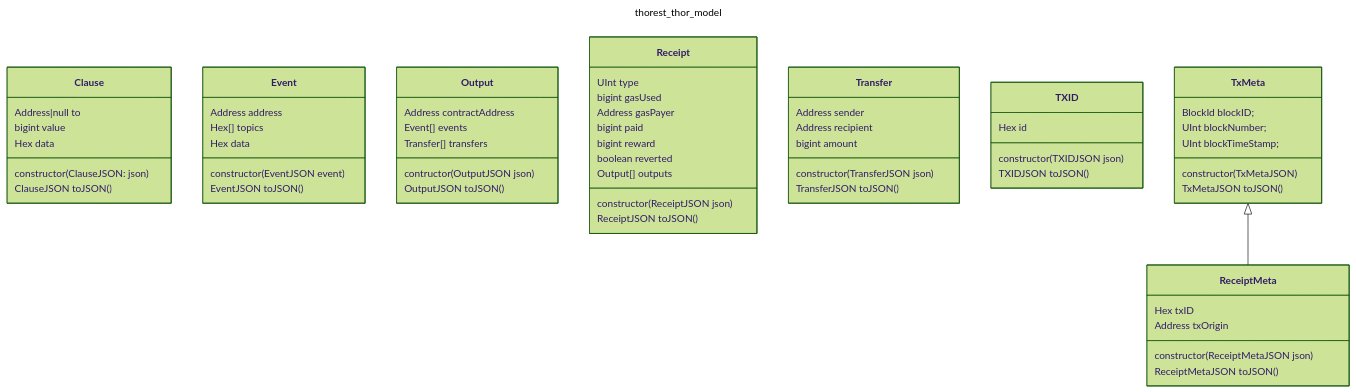
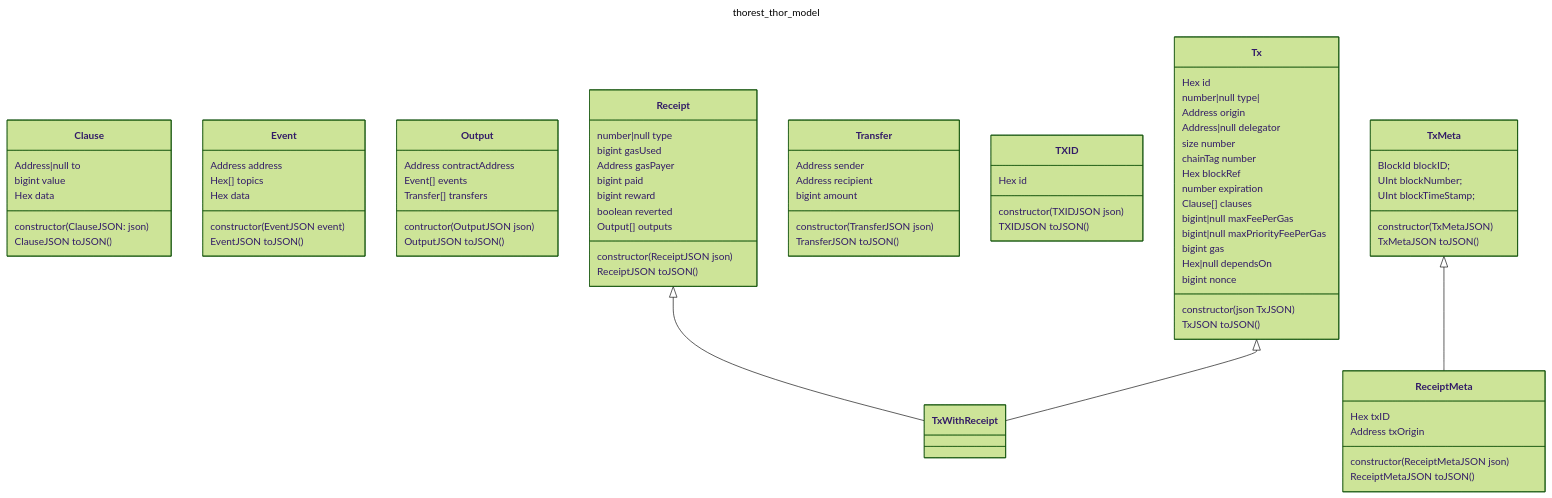
The diagram in docs/thorest/thor/model/model.mmd (vechain/vechain-sdk-js), drawn with Mermaid (forest theme) before and after one commit. The commit also changed 22 other files, not shown here.

```diff
--- a/docs/thorest/thor/model/model.mmd
+++ b/docs/thorest/thor/model/model.mmd
@@ -1,62 +1,84 @@
 ---
 title: thorest_thor_model
 ---
 classDiagram
     class Clause {
         Address|null to
         bigint value
         Hex data
         constructor(ClauseJSON: json)
         ClauseJSON toJSON()
     }
     class Event {
         Address address
         Hex[] topics
         Hex data
         constructor(EventJSON event)
         EventJSON toJSON()
     }
     class Output {
         Address contractAddress
         Event[] events
         Transfer[] transfers
         contructor(OutputJSON json)
         OutputJSON toJSON()
     }
     class Receipt {
-        UInt type
+        number|null type
         bigint gasUsed
         Address gasPayer
         bigint paid
         bigint reward
         boolean reverted
         Output[] outputs
         constructor(ReceiptJSON json)
         ReceiptJSON toJSON()
     }
     class ReceiptMeta {
         Hex txID
         Address txOrigin
         constructor(ReceiptMetaJSON json)
         ReceiptMetaJSON toJSON()
     }
     class Transfer {
         Address sender
         Address recipient
         bigint amount
         constructor(TransferJSON json)
         TransferJSON toJSON()
     }
     class TXID {
         Hex id
         constructor(TXIDJSON json)
         TXIDJSON toJSON()
     }
+    class Tx {
+        Hex id
+        number|null type|
+        Address origin
+        Address|null delegator
+        size number
+        chainTag number
+        Hex blockRef
+        number expiration
+        Clause[] clauses
+        bigint|null maxFeePerGas
+        bigint|null maxPriorityFeePerGas
+        bigint gas
+        Hex|null dependsOn
+        bigint nonce
+        constructor(json TxJSON)
+        TxJSON toJSON()
+    }
     class TxMeta {
         BlockId blockID;
         UInt blockNumber;
         UInt blockTimeStamp;
         constructor(TxMetaJSON)
         TxMetaJSON toJSON()
     }
+    class TxWithReceipt {
+    }
+    Receipt <|-- TxWithReceipt
+    Tx <|-- TxWithReceipt
     TxMeta <|-- ReceiptMeta
```
